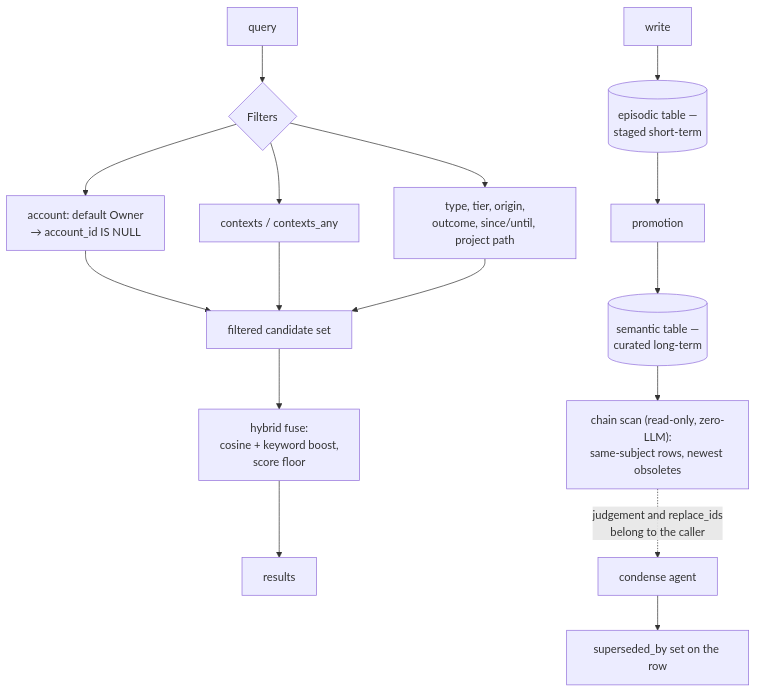
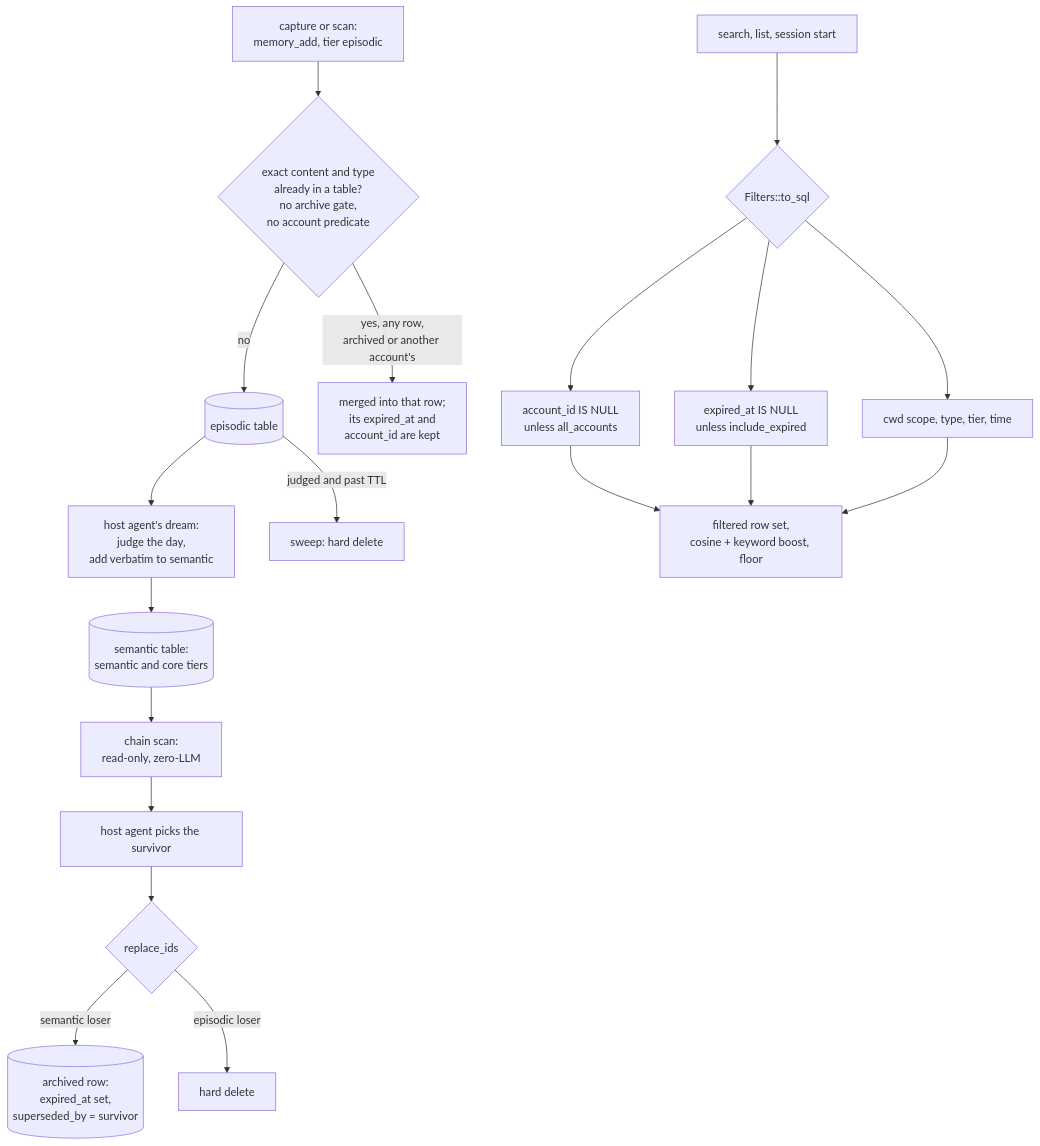
The diagram in content/systems/linggen-memory.md (neoneye/agent-memory-atlas), drawn with Mermaid before and after one commit. The commit also changed other lines of this file and 19 other files, not shown here.

````diff
--- a/content/systems/linggen-memory.md
+++ b/content/systems/linggen-memory.md
@@ -83,19 +101,22 @@
 ```mermaid
-%% caption: the account scope compiles into the query before ranking, and the condense stage separates the mechanical chain detection from the merge decision it hands back
+%% caption: the account and archive gates compile into every default read, and the exact-content dedup on the write path consults neither
 flowchart TB
-    W["write"] --> EPI[("episodic table —<br/>staged short-term")]
-    EPI --> PROM["promotion"]
-    PROM --> SEM[("semantic table —<br/>curated long-term")]
-    Q["query"] --> F{"Filters"}
-    F --> ACC["account: default Owner<br/>→ account_id IS NULL"]
-    F --> CTX["contexts / contexts_any"]
-    F --> REST["type, tier, origin,<br/>outcome, since/until, project path"]
-    ACC --> SCAN["filtered candidate set"]
-    CTX --> SCAN
-    REST --> SCAN
-    SCAN --> HYB["hybrid fuse:<br/>cosine + keyword boost,<br/>score floor"]
-    HYB --> OUT["results"]
-    SEM --> CH["chain scan (read-only, zero-LLM):<br/>same-subject rows, newest obsoletes"]
-    CH -.->|"judgement and replace_ids<br/>belong to the caller"| AG["condense agent"]
-    AG --> SUP["superseded_by set on the row"]
+    CAP["capture or scan:<br/>memory_add, tier episodic"] --> DEDUP{"exact content and type<br/>already in a table?<br/>no archive gate,<br/>no account predicate"}
+    DEDUP -->|"no"| EPI[("episodic table")]
+    DEDUP -->|"yes, any row,<br/>archived or another account's"| FOLD["merged into that row;<br/>its expired_at and<br/>account_id are kept"]
+    EPI --> DREAM["host agent's dream:<br/>judge the day,<br/>add verbatim to semantic"]
+    DREAM --> SEM[("semantic table:<br/>semantic and core tiers")]
+    SEM --> CH["chain scan:<br/>read-only, zero-LLM"]
+    CH --> AG["host agent picks the survivor"]
+    AG --> REP{"replace_ids"}
+    REP -->|"semantic loser"| ARC[("archived row:<br/>expired_at set,<br/>superseded_by = survivor")]
+    REP -->|"episodic loser"| DEL["hard delete"]
+    EPI -->|"judged and past TTL"| SWEEP["sweep: hard delete"]
+    Q["search, list, session start"] --> F{"Filters::to_sql"}
+    F --> G1["account_id IS NULL<br/>unless all_accounts"]
+    F --> G2["expired_at IS NULL<br/>unless include_expired"]
+    F --> G3["cwd scope, type, tier, time"]
+    G1 --> SCAN["filtered row set,<br/>cosine + keyword boost, floor"]
+    G2 --> SCAN
+    G3 --> SCAN
 ```
````
